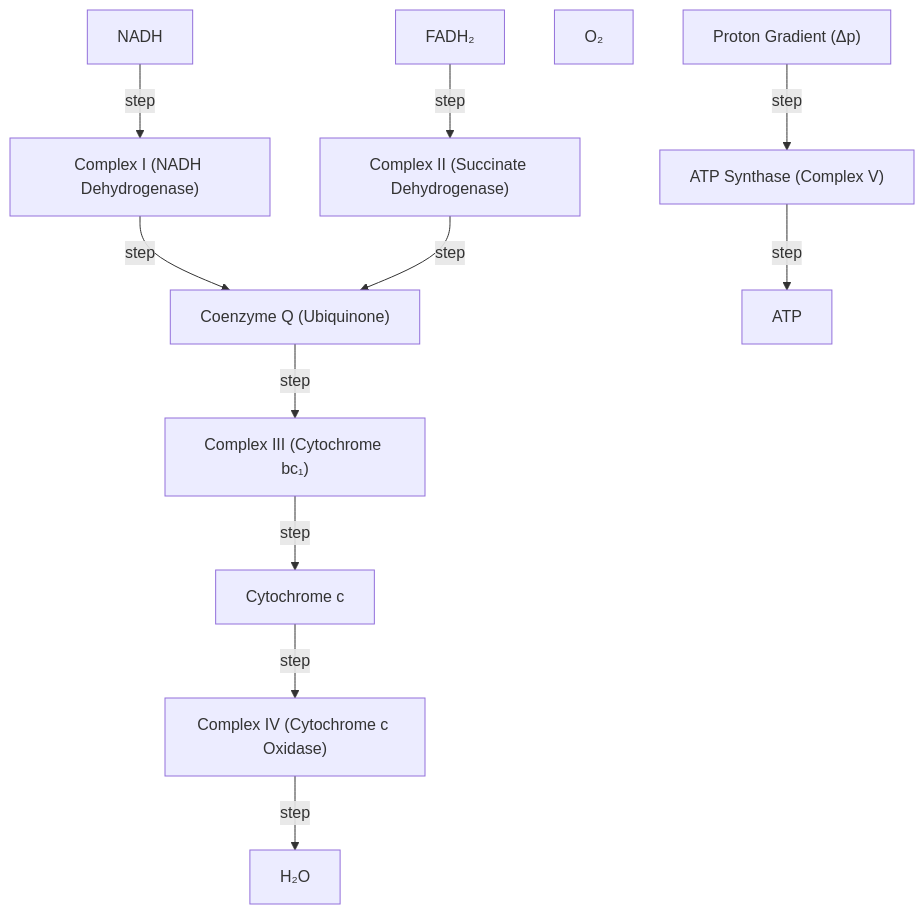
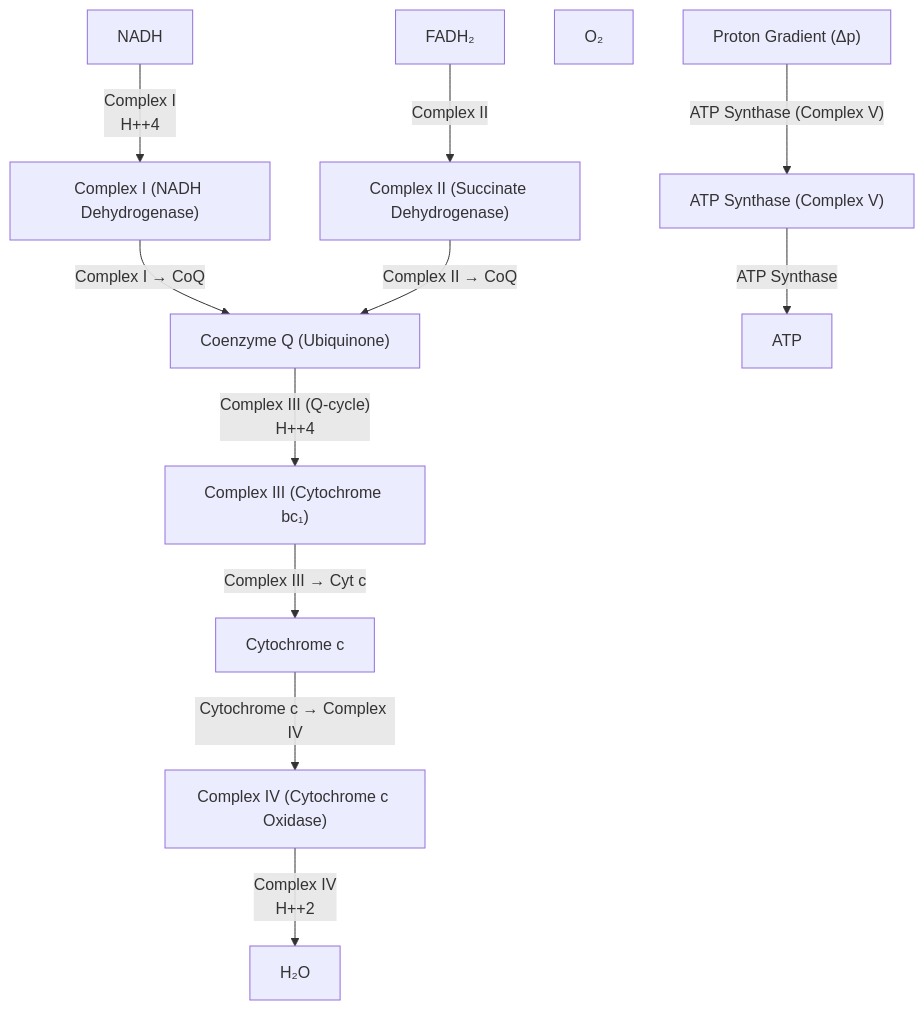
The diagram in src/biology_as_code/pathways/packs/etc_oxphos/pathway.mermaid (murffious/biology_as_code), drawn with Mermaid before and after one commit. The commit also changed 23 other files, not shown here.

Commit message:
refactor: standardize metabolic cofactor sign conventions, update pathway diagrams, and consolidate type definitions.

```diff
--- a/src/biology_as_code/pathways/packs/etc_oxphos/pathway.mermaid
+++ b/src/biology_as_code/pathways/packs/etc_oxphos/pathway.mermaid
@@ -1,26 +1,26 @@
 flowchart TD
   %% Auto-generated from registry pathway: etc_oxphos
   %% Do not hand-edit; re-run scripts/export_pathway_packs.py
   nadh["NADH"]
   fadh2["FADH₂"]
   complex_i["Complex I (NADH Dehydrogenase)"]
   complex_ii["Complex II (Succinate Dehydrogenase)"]
   coq["Coenzyme Q (Ubiquinone)"]
   complex_iii["Complex III (Cytochrome bc₁)"]
   cyt_c["Cytochrome c"]
   complex_iv["Complex IV (Cytochrome c Oxidase)"]
   o2["O₂"]
   h2o["H₂O"]
   proton_gradient["Proton Gradient (Δp)"]
   atp_synthase["ATP Synthase (Complex V)"]
   atp["ATP"]
-  nadh -->|"step"| complex_i
-  complex_i -->|"step"| coq
-  fadh2 -->|"step"| complex_ii
-  complex_ii -->|"step"| coq
-  coq -->|"step"| complex_iii
-  complex_iii -->|"step"| cyt_c
-  cyt_c -->|"step"| complex_iv
-  complex_iv -->|"step"| h2o
-  proton_gradient -->|"step"| atp_synthase
-  atp_synthase -->|"step"| atp
+  nadh -->|"Complex I<br/>H++4"| complex_i
+  complex_i -->|"Complex I → CoQ"| coq
+  fadh2 -->|"Complex II"| complex_ii
+  complex_ii -->|"Complex II → CoQ"| coq
+  coq -->|"Complex III (Q-cycle)<br/>H++4"| complex_iii
+  complex_iii -->|"Complex III → Cyt c"| cyt_c
+  cyt_c -->|"Cytochrome c → Complex IV"| complex_iv
+  complex_iv -->|"Complex IV<br/>H++2"| h2o
+  proton_gradient -->|"ATP Synthase (Complex V)"| atp_synthase
+  atp_synthase -->|"ATP Synthase"| atp
```
